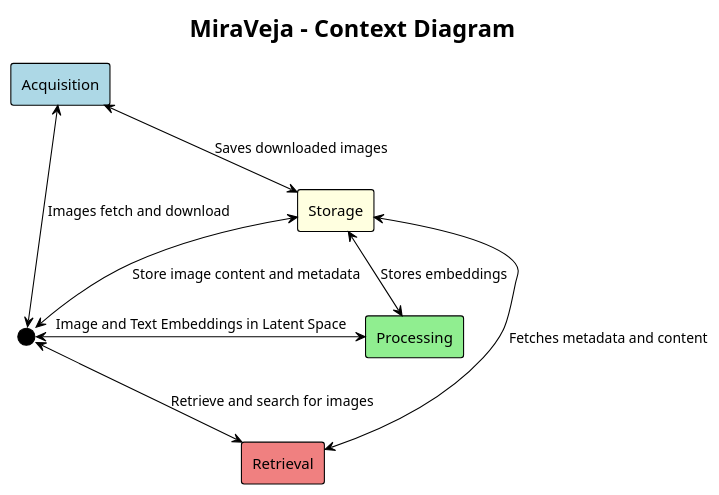
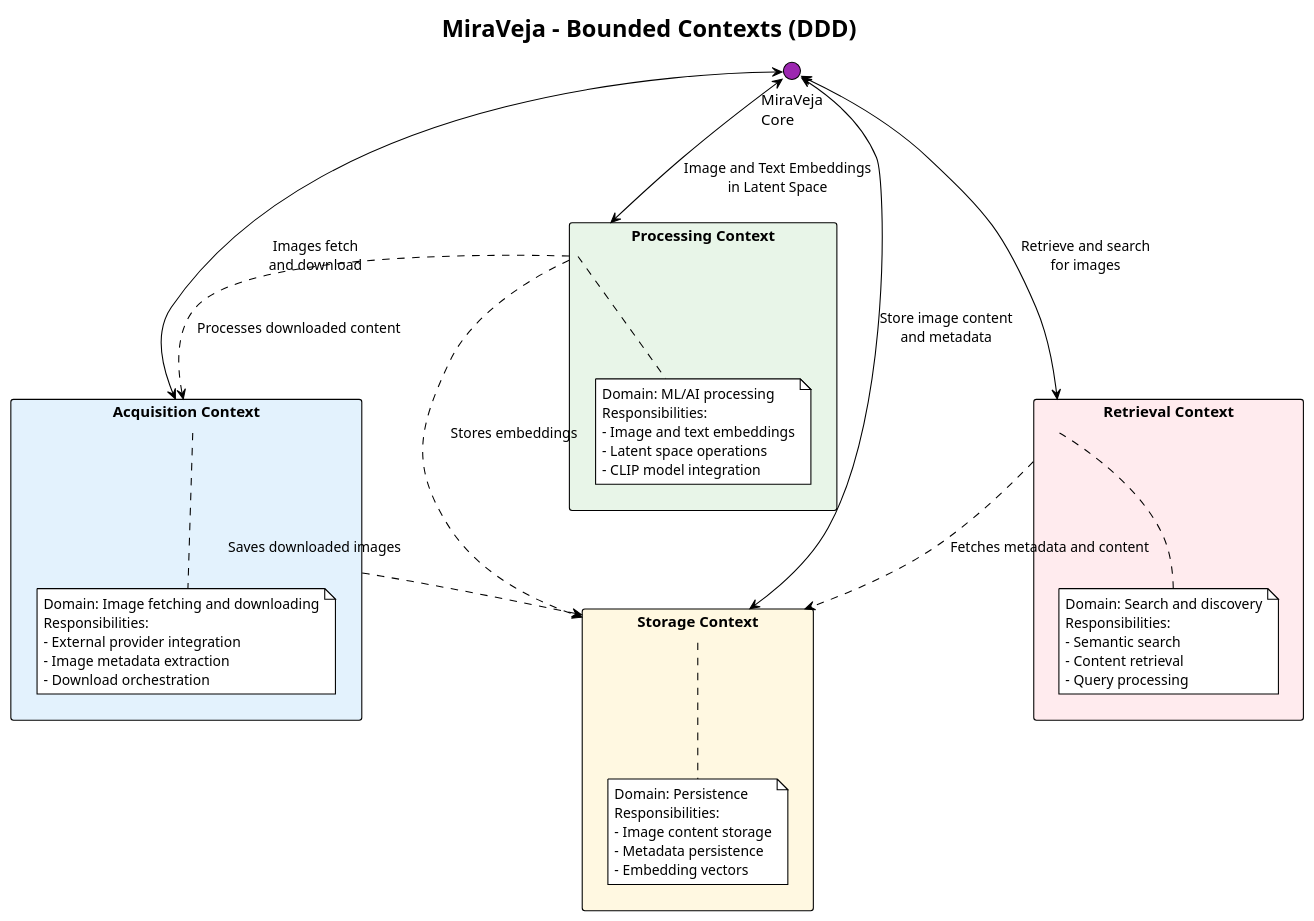
Before and after one commit to JomarJunior/miraveja: the diagram in docs/context-diagram.puml, drawn with PlantUML. The commit also changed 6 other files, not shown here.

Commit message:
Refactor diagrams for MiraVeja project: remove outdated block and components diagrams, add detailed component architecture, context, and system diagrams

```diff
--- a/docs/context-diagram.puml
+++ b/docs/context-diagram.puml
@@ -1,22 +1,62 @@
 @startuml "MiraVeja - Context Diagram"
 !theme plain
 
-title MiraVeja - Context Diagram
+title MiraVeja - Bounded Contexts (DDD)
 
-' Contexts declaration
-rectangle "Acquisition" as acquisition #lightblue
-rectangle "Processing" as processing #lightgreen
-rectangle "Retrieval" as retrieval #lightcoral
-rectangle "Storage" as storage #LightYellow
-circle " " as miraveja #Black
+' Bounded Contexts
+rectangle "Acquisition Context" as acquisition #e3f2fd {
+    note bottom of acquisition
+      Domain: Image fetching and downloading
+      Responsibilities:
+      - External provider integration
+      - Image metadata extraction
+      - Download orchestration
+    end note
+}
 
-miraveja <-l-> acquisition : "Images fetch and download"
-miraveja <-r-> processing : "Image and Text Embeddings in Latent Space"
-miraveja <-d-> retrieval : "Retrieve and search for images"
-miraveja <-u-> storage : "Store image content and metadata"
+rectangle "Processing Context" as processing #e8f5e8 {
+    note bottom of processing
+      Domain: ML/AI processing
+      Responsibilities:
+      - Image and text embeddings
+      - Latent space operations
+      - CLIP model integration
+    end note
+}
 
-acquisition <-d-> storage : "Saves downloaded images"
-processing <-u-> storage : "Stores embeddings"
-retrieval <-d-> storage : "Fetches metadata and content"
+rectangle "Retrieval Context" as retrieval #ffebee {
+    note bottom of retrieval
+      Domain: Search and discovery
+      Responsibilities:
+      - Semantic search
+      - Content retrieval
+      - Query processing
+    end note
+}
+
+rectangle "Storage Context" as storage #fff8e1 {
+    note bottom of storage
+      Domain: Persistence
+      Responsibilities:
+      - Image content storage
+      - Metadata persistence
+      - Embedding vectors
+    end note
+}
+
+' Core system
+circle "MiraVeja\nCore" as miraveja #9c27b0
+
+' Context relationships
+miraveja <--> acquisition : "Images fetch\nand download"
+miraveja <--> processing : "Image and Text Embeddings\nin Latent Space"
+miraveja <--> retrieval : "Retrieve and search\nfor images"
+miraveja <--> storage : "Store image content\nand metadata"
+
+' Inter-context communication
+acquisition ..> storage : "Saves downloaded images"
+processing ..> storage : "Stores embeddings"
+retrieval ..> storage : "Fetches metadata and content"
+processing ..> acquisition : "Processes downloaded content"
 
 @enduml
```
